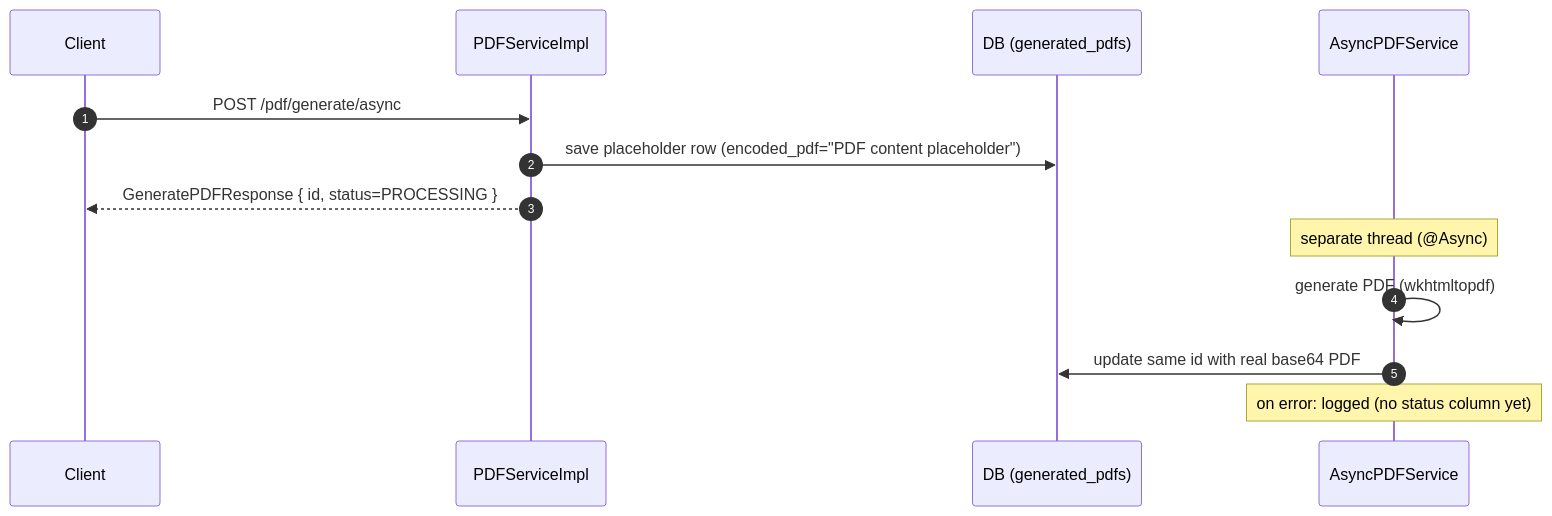
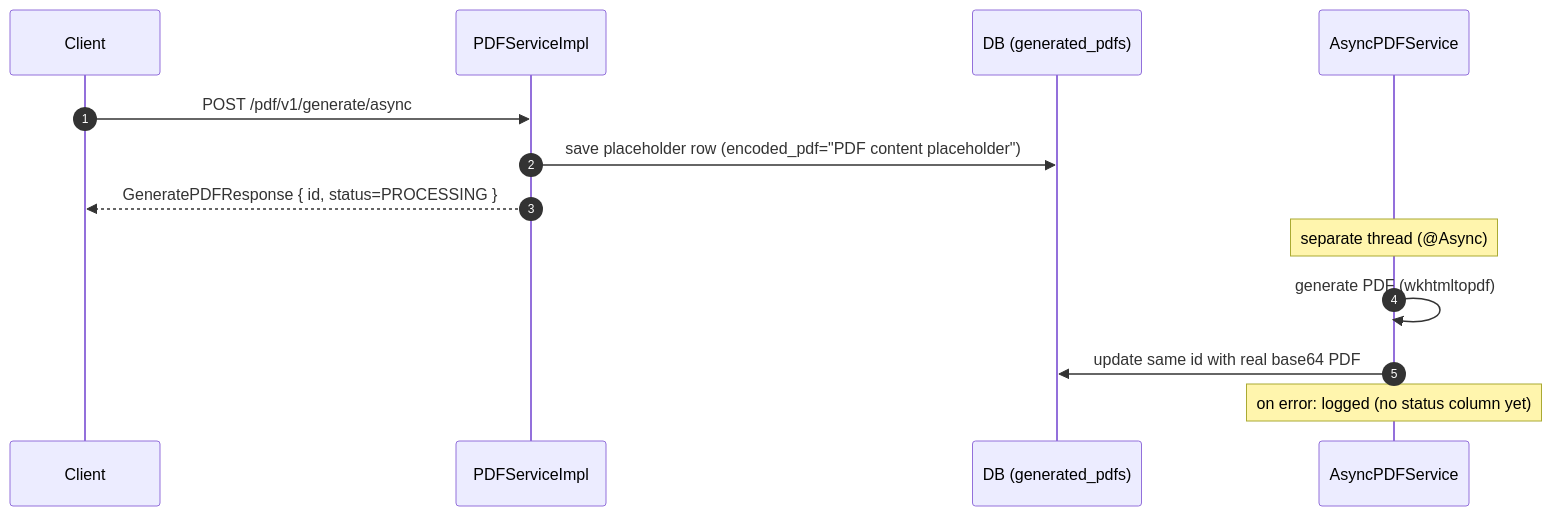
Before and after one commit to Tu2l/open-resume-builder-backend: the third of 5 diagrams in docs/pdf-service/README.md, drawn with Mermaid. The commit also changed other lines of this file and 16 other files, not shown here.

````diff
--- a/docs/pdf-service/README.md
+++ b/docs/pdf-service/README.md
@@ -88,15 +96,15 @@
 ```mermaid
 sequenceDiagram
     autonumber
     participant C as Client
     participant S as PDFServiceImpl
     participant DB as DB (generated_pdfs)
     participant A as AsyncPDFService
-    C->>S: POST /pdf/generate/async
+    C->>S: POST /pdf/v1/generate/async
     S->>DB: save placeholder row (encoded_pdf="PDF content placeholder")
     S-->>C: GeneratePDFResponse { id, status=PROCESSING }
     Note over A: separate thread (@Async)
     A->>A: generate PDF (wkhtmltopdf)
     A->>DB: update same id with real base64 PDF
     Note over A: on error: logged (no status column yet)
 ```
````
